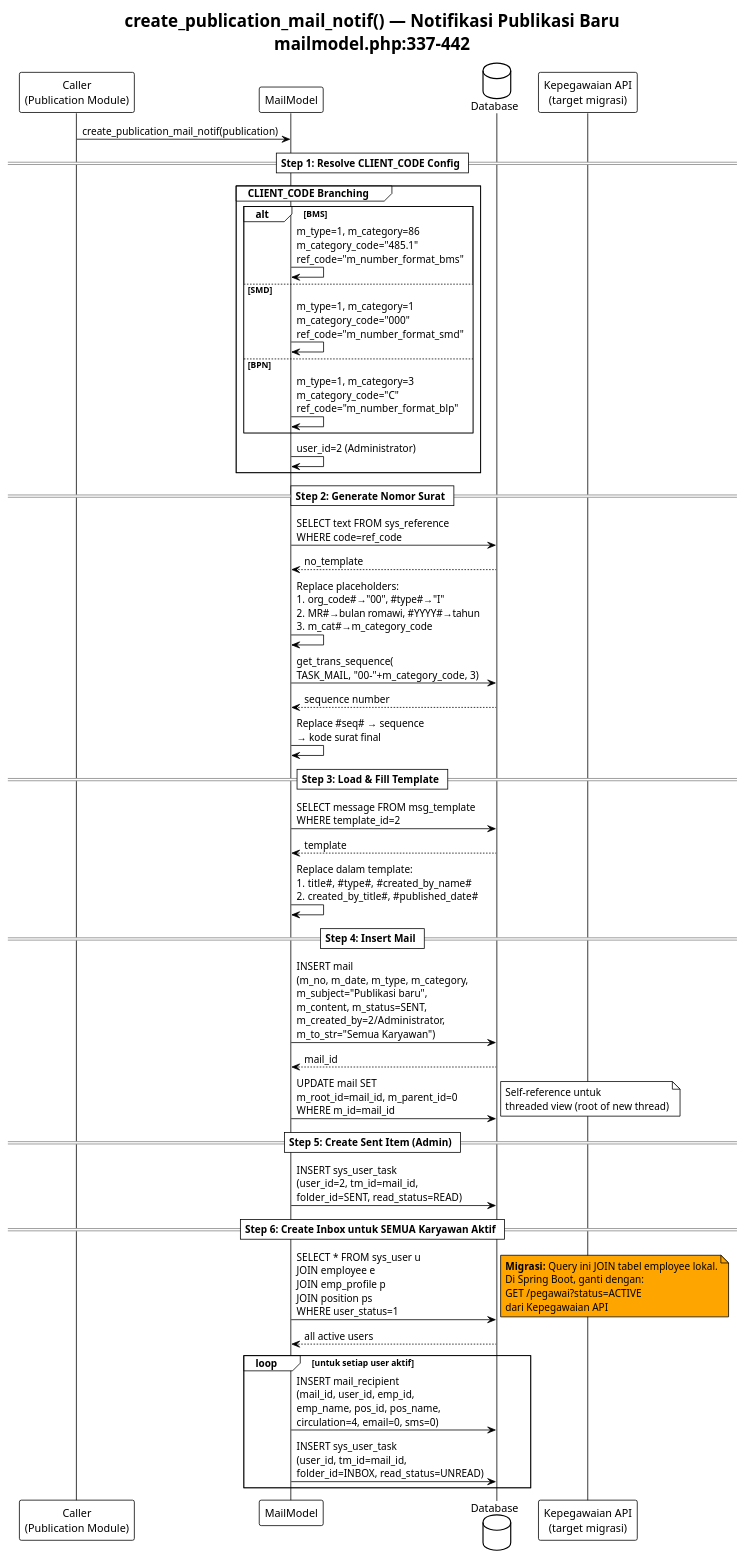
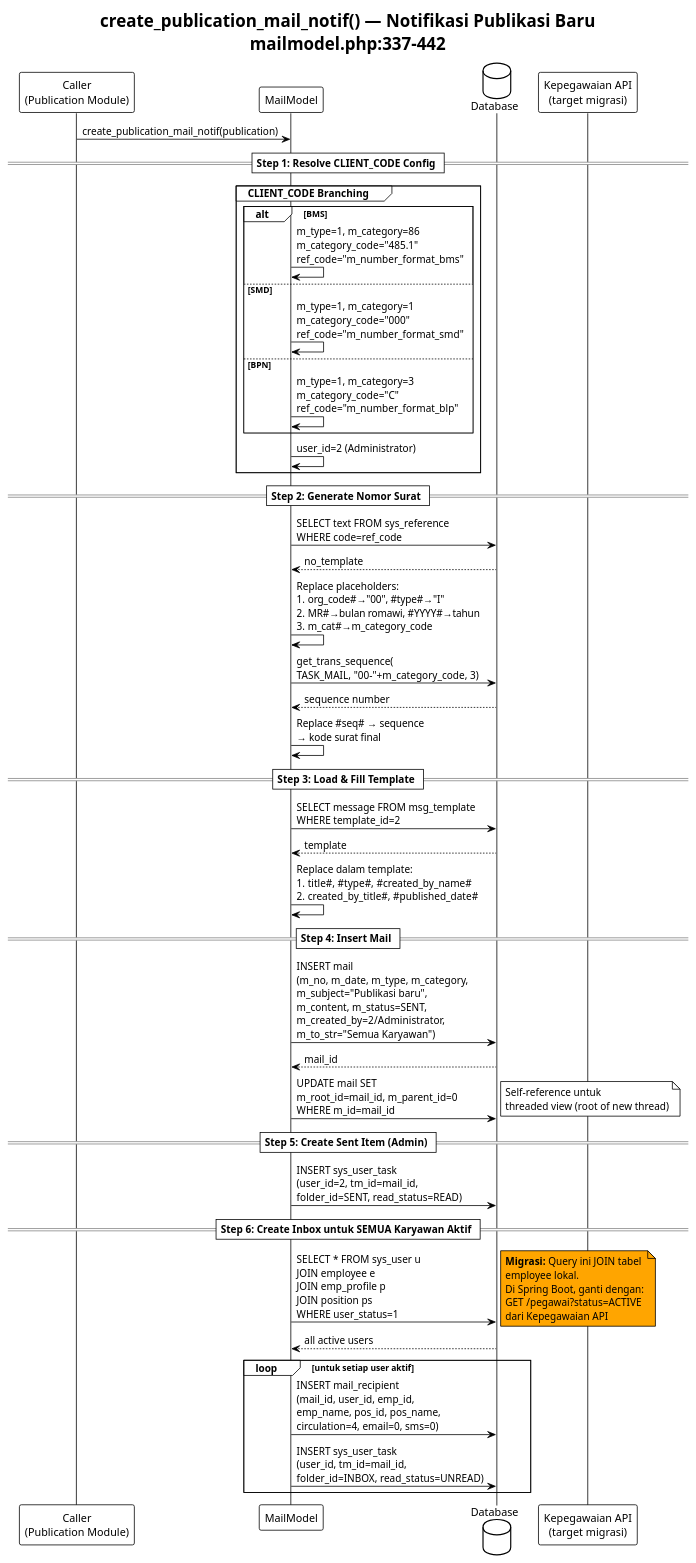
One commit to kentoespdam/smartoffice-migration-docs changed the diagram in docs-v2/business-logic/planuml/puml/mail-notif-publication.puml. Above: the diagram before and after it, drawn with PlantUML. The commit also changed 23 other files, not shown here.

```diff
--- a/docs-v2/business-logic/planuml/puml/mail-notif-publication.puml
+++ b/docs-v2/business-logic/planuml/puml/mail-notif-publication.puml
@@ -1,76 +1,78 @@
-@startuml
+@startuml mail-notif-publication
 !theme plain
+skinparam shadowing false
+skinparam wrapWidth 220
 title create_publication_mail_notif() — Notifikasi Publikasi Baru\nmailmodel.php:337-442
 
 participant "Caller\n(Publication Module)" as Caller
 participant "MailModel" as Model
 database "Database" as DB
 participant "Kepegawaian API\n(target migrasi)" as API
 
 Caller -> Model : create_publication_mail_notif(publication)
 
 == Step 1: Resolve CLIENT_CODE Config ==
 
 group CLIENT_CODE Branching
   alt BMS
     Model -> Model : m_type=1, m_category=86\nm_category_code="485.1"\nref_code="m_number_format_bms"
   else SMD
     Model -> Model : m_type=1, m_category=1\nm_category_code="000"\nref_code="m_number_format_smd"
   else BPN
     Model -> Model : m_type=1, m_category=3\nm_category_code="C"\nref_code="m_number_format_blp"
   end
   Model -> Model : user_id=2 (Administrator)
 end
 
 == Step 2: Generate Nomor Surat ==
 
 Model -> DB : SELECT text FROM sys_reference\nWHERE code=ref_code
 DB --> Model : no_template
 
 Model -> Model : Replace placeholders:\n#org_code#→"00", #type#→"I"\n#MR#→bulan romawi, #YYYY#→tahun\n#m_cat#→m_category_code
 
 Model -> DB : get_trans_sequence(\nTASK_MAIL, "00-"+m_category_code, 3)
 DB --> Model : sequence number
 
 Model -> Model : Replace #seq# → sequence\n→ kode surat final
 
 == Step 3: Load & Fill Template ==
 
 Model -> DB : SELECT message FROM msg_template\nWHERE template_id=2
 DB --> Model : template
 
 Model -> Model : Replace dalam template:\n#title#, #type#, #created_by_name#\n#created_by_title#, #published_date#
 
 == Step 4: Insert Mail ==
 
 Model -> DB : INSERT mail\n(m_no, m_date, m_type, m_category,\nm_subject="Publikasi baru",\nm_content, m_status=SENT,\nm_created_by=2/Administrator,\nm_to_str="Semua Karyawan")
 DB --> Model : mail_id
 
 Model -> DB : UPDATE mail SET\nm_root_id=mail_id, m_parent_id=0\nWHERE m_id=mail_id
 note right
   Self-reference untuk
   threaded view (root of new thread)
 end note
 
 == Step 5: Create Sent Item (Admin) ==
 
 Model -> DB : INSERT sys_user_task\n(user_id=2, tm_id=mail_id,\nfolder_id=SENT, read_status=READ)
 
 == Step 6: Create Inbox untuk SEMUA Karyawan Aktif ==
 
 Model -> DB : SELECT * FROM sys_user u\nJOIN employee e\nJOIN emp_profile p\nJOIN position ps\nWHERE user_status=1
 note right #Orange
   **Migrasi:** Query ini JOIN tabel employee lokal.
   Di Spring Boot, ganti dengan:
   GET /pegawai?status=ACTIVE
   dari Kepegawaian API
 end note
 DB --> Model : all active users
 
 loop untuk setiap user aktif
   Model -> DB : INSERT mail_recipient\n(mail_id, user_id, emp_id,\nemp_name, pos_id, pos_name,\ncirculation=4, email=0, sms=0)
 
   Model -> DB : INSERT sys_user_task\n(user_id, tm_id=mail_id,\nfolder_id=INBOX, read_status=UNREAD)
 end
 
 @enduml
```
